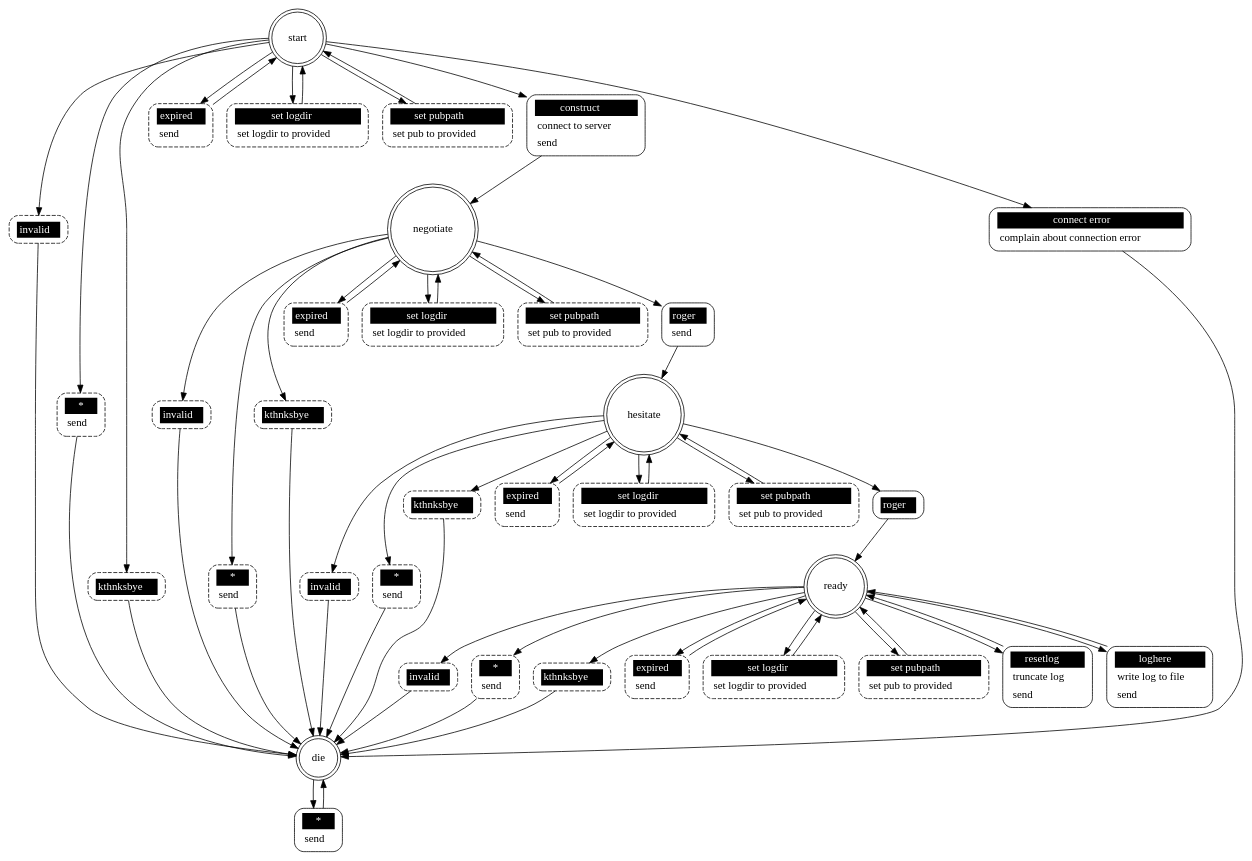
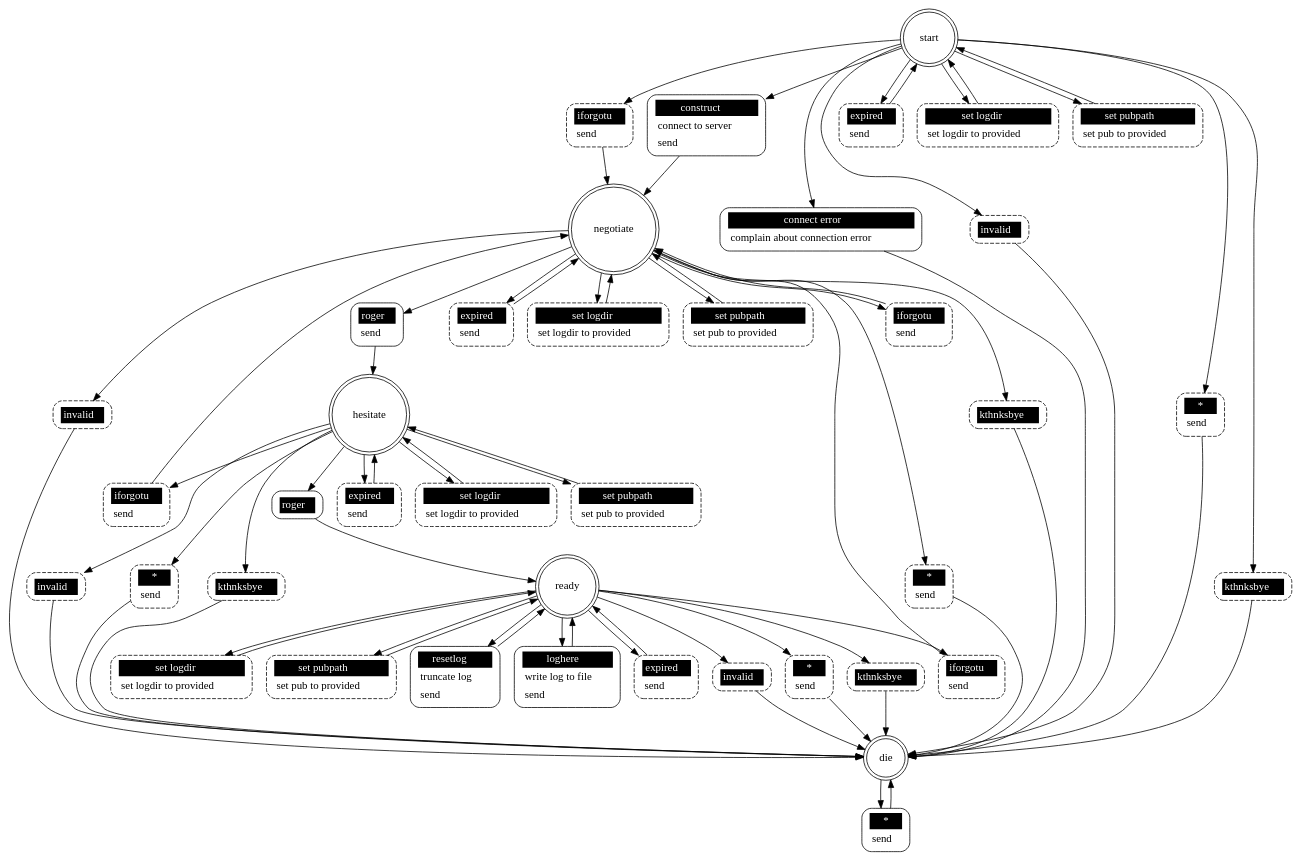
The diagram in src/pkggraph_filer.dot (Vaelatern/dxpb), drawn with Graphviz before and after one commit. The commit also changed 10 other files, not shown here.

```diff
--- a/src/pkggraph_filer.dot
+++ b/src/pkggraph_filer.dot
@@ -1,106 +1,118 @@
 ## Automatically generated from pkggraph_filer.xml by gsl
 digraph "pkggraph_filer" {
 
  "start" [shape = "doublecircle"];
+ "start iforgotu" [shape = "Mrecord" style = dashed label = <<table border="0" cellborder="0" cellpadding="3" bgcolor="white"><tr><td bgcolor="black" align="center" colspan="2"><font color="white">iforgotu</font></td></tr><tr><td align="left" port="r3">send</td></tr></table>>];
+ "start" -> "start iforgotu";
+ "start iforgotu" -> "negotiate";
  "start invalid" [shape = "Mrecord" style = dashed label = <<table border="0" cellborder="0" cellpadding="3" bgcolor="white"><tr><td bgcolor="black" align="center" colspan="2"><font color="white">invalid</font></td></tr></table>>];
  "start" -> "start invalid";
  "start invalid" -> "die";
  "start *" [shape = "Mrecord" style = dashed label = <<table border="0" cellborder="0" cellpadding="3" bgcolor="white"><tr><td bgcolor="black" align="center" colspan="2"><font color="white">*</font></td></tr><tr><td align="left" port="r3">send</td></tr></table>>];
  "start" -> "start *";
  "start *" -> "die";
  "start kthnksbye" [shape = "Mrecord" style = dashed label = <<table border="0" cellborder="0" cellpadding="3" bgcolor="white"><tr><td bgcolor="black" align="center" colspan="2"><font color="white">kthnksbye</font></td></tr></table>>];
  "start" -> "start kthnksbye";
  "start kthnksbye" -> "die";
  "start expired" [shape = "Mrecord" style = dashed label = <<table border="0" cellborder="0" cellpadding="3" bgcolor="white"><tr><td bgcolor="black" align="center" colspan="2"><font color="white">expired</font></td></tr><tr><td align="left" port="r3">send</td></tr></table>>];
  "start" -> "start expired";
  "start expired" -> "start";
  "start set logdir" [shape = "Mrecord" style = dashed label = <<table border="0" cellborder="0" cellpadding="3" bgcolor="white"><tr><td bgcolor="black" align="center" colspan="2"><font color="white">set logdir</font></td></tr><tr><td align="left" port="r3">set logdir to provided</td></tr></table>>];
  "start" -> "start set logdir";
  "start set logdir" -> "start";
  "start set pubpath" [shape = "Mrecord" style = dashed label = <<table border="0" cellborder="0" cellpadding="3" bgcolor="white"><tr><td bgcolor="black" align="center" colspan="2"><font color="white">set pubpath</font></td></tr><tr><td align="left" port="r3">set pub to provided</td></tr></table>>];
  "start" -> "start set pubpath";
  "start set pubpath" -> "start";
  "start construct" [shape = "Mrecord" style = solid label = <<table border="0" cellborder="0" cellpadding="3" bgcolor="white"><tr><td bgcolor="black" align="center" colspan="2"><font color="white">construct</font></td></tr><tr><td align="left" port="r3">connect to server</td></tr><tr><td align="left" port="r3">send</td></tr></table>>];
  "start" -> "start construct";
  "start construct" -> "negotiate";
  "start connect error" [shape = "Mrecord" style = solid label = <<table border="0" cellborder="0" cellpadding="3" bgcolor="white"><tr><td bgcolor="black" align="center" colspan="2"><font color="white">connect error</font></td></tr><tr><td align="left" port="r3">complain about connection error</td></tr></table>>];
  "start" -> "start connect error";
  "start connect error" -> "die";
 
  "negotiate" [shape = "doublecircle"];
+ "negotiate iforgotu" [shape = "Mrecord" style = dashed label = <<table border="0" cellborder="0" cellpadding="3" bgcolor="white"><tr><td bgcolor="black" align="center" colspan="2"><font color="white">iforgotu</font></td></tr><tr><td align="left" port="r3">send</td></tr></table>>];
+ "negotiate" -> "negotiate iforgotu";
+ "negotiate iforgotu" -> "negotiate";
  "negotiate invalid" [shape = "Mrecord" style = dashed label = <<table border="0" cellborder="0" cellpadding="3" bgcolor="white"><tr><td bgcolor="black" align="center" colspan="2"><font color="white">invalid</font></td></tr></table>>];
  "negotiate" -> "negotiate invalid";
  "negotiate invalid" -> "die";
  "negotiate *" [shape = "Mrecord" style = dashed label = <<table border="0" cellborder="0" cellpadding="3" bgcolor="white"><tr><td bgcolor="black" align="center" colspan="2"><font color="white">*</font></td></tr><tr><td align="left" port="r3">send</td></tr></table>>];
  "negotiate" -> "negotiate *";
  "negotiate *" -> "die";
  "negotiate kthnksbye" [shape = "Mrecord" style = dashed label = <<table border="0" cellborder="0" cellpadding="3" bgcolor="white"><tr><td bgcolor="black" align="center" colspan="2"><font color="white">kthnksbye</font></td></tr></table>>];
  "negotiate" -> "negotiate kthnksbye";
  "negotiate kthnksbye" -> "die";
  "negotiate expired" [shape = "Mrecord" style = dashed label = <<table border="0" cellborder="0" cellpadding="3" bgcolor="white"><tr><td bgcolor="black" align="center" colspan="2"><font color="white">expired</font></td></tr><tr><td align="left" port="r3">send</td></tr></table>>];
  "negotiate" -> "negotiate expired";
  "negotiate expired" -> "negotiate";
  "negotiate set logdir" [shape = "Mrecord" style = dashed label = <<table border="0" cellborder="0" cellpadding="3" bgcolor="white"><tr><td bgcolor="black" align="center" colspan="2"><font color="white">set logdir</font></td></tr><tr><td align="left" port="r3">set logdir to provided</td></tr></table>>];
  "negotiate" -> "negotiate set logdir";
  "negotiate set logdir" -> "negotiate";
  "negotiate set pubpath" [shape = "Mrecord" style = dashed label = <<table border="0" cellborder="0" cellpadding="3" bgcolor="white"><tr><td bgcolor="black" align="center" colspan="2"><font color="white">set pubpath</font></td></tr><tr><td align="left" port="r3">set pub to provided</td></tr></table>>];
  "negotiate" -> "negotiate set pubpath";
  "negotiate set pubpath" -> "negotiate";
  "negotiate roger" [shape = "Mrecord" style = solid label = <<table border="0" cellborder="0" cellpadding="3" bgcolor="white"><tr><td bgcolor="black" align="center" colspan="2"><font color="white">roger</font></td></tr><tr><td align="left" port="r3">send</td></tr></table>>];
  "negotiate" -> "negotiate roger";
  "negotiate roger" -> "hesitate";
 
  "hesitate" [shape = "doublecircle"];
+ "hesitate iforgotu" [shape = "Mrecord" style = dashed label = <<table border="0" cellborder="0" cellpadding="3" bgcolor="white"><tr><td bgcolor="black" align="center" colspan="2"><font color="white">iforgotu</font></td></tr><tr><td align="left" port="r3">send</td></tr></table>>];
+ "hesitate" -> "hesitate iforgotu";
+ "hesitate iforgotu" -> "negotiate";
  "hesitate invalid" [shape = "Mrecord" style = dashed label = <<table border="0" cellborder="0" cellpadding="3" bgcolor="white"><tr><td bgcolor="black" align="center" colspan="2"><font color="white">invalid</font></td></tr></table>>];
  "hesitate" -> "hesitate invalid";
  "hesitate invalid" -> "die";
  "hesitate *" [shape = "Mrecord" style = dashed label = <<table border="0" cellborder="0" cellpadding="3" bgcolor="white"><tr><td bgcolor="black" align="center" colspan="2"><font color="white">*</font></td></tr><tr><td align="left" port="r3">send</td></tr></table>>];
  "hesitate" -> "hesitate *";
  "hesitate *" -> "die";
  "hesitate kthnksbye" [shape = "Mrecord" style = dashed label = <<table border="0" cellborder="0" cellpadding="3" bgcolor="white"><tr><td bgcolor="black" align="center" colspan="2"><font color="white">kthnksbye</font></td></tr></table>>];
  "hesitate" -> "hesitate kthnksbye";
  "hesitate kthnksbye" -> "die";
  "hesitate expired" [shape = "Mrecord" style = dashed label = <<table border="0" cellborder="0" cellpadding="3" bgcolor="white"><tr><td bgcolor="black" align="center" colspan="2"><font color="white">expired</font></td></tr><tr><td align="left" port="r3">send</td></tr></table>>];
  "hesitate" -> "hesitate expired";
  "hesitate expired" -> "hesitate";
  "hesitate set logdir" [shape = "Mrecord" style = dashed label = <<table border="0" cellborder="0" cellpadding="3" bgcolor="white"><tr><td bgcolor="black" align="center" colspan="2"><font color="white">set logdir</font></td></tr><tr><td align="left" port="r3">set logdir to provided</td></tr></table>>];
  "hesitate" -> "hesitate set logdir";
  "hesitate set logdir" -> "hesitate";
  "hesitate set pubpath" [shape = "Mrecord" style = dashed label = <<table border="0" cellborder="0" cellpadding="3" bgcolor="white"><tr><td bgcolor="black" align="center" colspan="2"><font color="white">set pubpath</font></td></tr><tr><td align="left" port="r3">set pub to provided</td></tr></table>>];
  "hesitate" -> "hesitate set pubpath";
  "hesitate set pubpath" -> "hesitate";
  "hesitate roger" [shape = "Mrecord" style = solid label = <<table border="0" cellborder="0" cellpadding="3" bgcolor="white"><tr><td bgcolor="black" align="center" colspan="2"><font color="white">roger</font></td></tr></table>>];
  "hesitate" -> "hesitate roger";
  "hesitate roger" -> "ready";
 
  "ready" [shape = "doublecircle"];
+ "ready iforgotu" [shape = "Mrecord" style = dashed label = <<table border="0" cellborder="0" cellpadding="3" bgcolor="white"><tr><td bgcolor="black" align="center" colspan="2"><font color="white">iforgotu</font></td></tr><tr><td align="left" port="r3">send</td></tr></table>>];
+ "ready" -> "ready iforgotu";
+ "ready iforgotu" -> "negotiate";
  "ready invalid" [shape = "Mrecord" style = dashed label = <<table border="0" cellborder="0" cellpadding="3" bgcolor="white"><tr><td bgcolor="black" align="center" colspan="2"><font color="white">invalid</font></td></tr></table>>];
  "ready" -> "ready invalid";
  "ready invalid" -> "die";
  "ready *" [shape = "Mrecord" style = dashed label = <<table border="0" cellborder="0" cellpadding="3" bgcolor="white"><tr><td bgcolor="black" align="center" colspan="2"><font color="white">*</font></td></tr><tr><td align="left" port="r3">send</td></tr></table>>];
  "ready" -> "ready *";
  "ready *" -> "die";
  "ready kthnksbye" [shape = "Mrecord" style = dashed label = <<table border="0" cellborder="0" cellpadding="3" bgcolor="white"><tr><td bgcolor="black" align="center" colspan="2"><font color="white">kthnksbye</font></td></tr></table>>];
  "ready" -> "ready kthnksbye";
  "ready kthnksbye" -> "die";
  "ready expired" [shape = "Mrecord" style = dashed label = <<table border="0" cellborder="0" cellpadding="3" bgcolor="white"><tr><td bgcolor="black" align="center" colspan="2"><font color="white">expired</font></td></tr><tr><td align="left" port="r3">send</td></tr></table>>];
  "ready" -> "ready expired";
  "ready expired" -> "ready";
  "ready set logdir" [shape = "Mrecord" style = dashed label = <<table border="0" cellborder="0" cellpadding="3" bgcolor="white"><tr><td bgcolor="black" align="center" colspan="2"><font color="white">set logdir</font></td></tr><tr><td align="left" port="r3">set logdir to provided</td></tr></table>>];
  "ready" -> "ready set logdir";
  "ready set logdir" -> "ready";
  "ready set pubpath" [shape = "Mrecord" style = dashed label = <<table border="0" cellborder="0" cellpadding="3" bgcolor="white"><tr><td bgcolor="black" align="center" colspan="2"><font color="white">set pubpath</font></td></tr><tr><td align="left" port="r3">set pub to provided</td></tr></table>>];
  "ready" -> "ready set pubpath";
  "ready set pubpath" -> "ready";
  "ready resetlog" [shape = "Mrecord" style = solid label = <<table border="0" cellborder="0" cellpadding="3" bgcolor="white"><tr><td bgcolor="black" align="center" colspan="2"><font color="white">resetlog</font></td></tr><tr><td align="left" port="r3">truncate log</td></tr><tr><td align="left" port="r3">send</td></tr></table>>];
  "ready" -> "ready resetlog";
  "ready resetlog" -> "ready";
  "ready loghere" [shape = "Mrecord" style = solid label = <<table border="0" cellborder="0" cellpadding="3" bgcolor="white"><tr><td bgcolor="black" align="center" colspan="2"><font color="white">loghere</font></td></tr><tr><td align="left" port="r3">write log to file</td></tr><tr><td align="left" port="r3">send</td></tr></table>>];
  "ready" -> "ready loghere";
  "ready loghere" -> "ready";
 
  "die" [shape = "doublecircle"];
  "die *" [shape = "Mrecord" style = solid label = <<table border="0" cellborder="0" cellpadding="3" bgcolor="white"><tr><td bgcolor="black" align="center" colspan="2"><font color="white">*</font></td></tr><tr><td align="left" port="r3">send</td></tr></table>>];
  "die" -> "die *";
  "die *" -> "die";
 }
```
